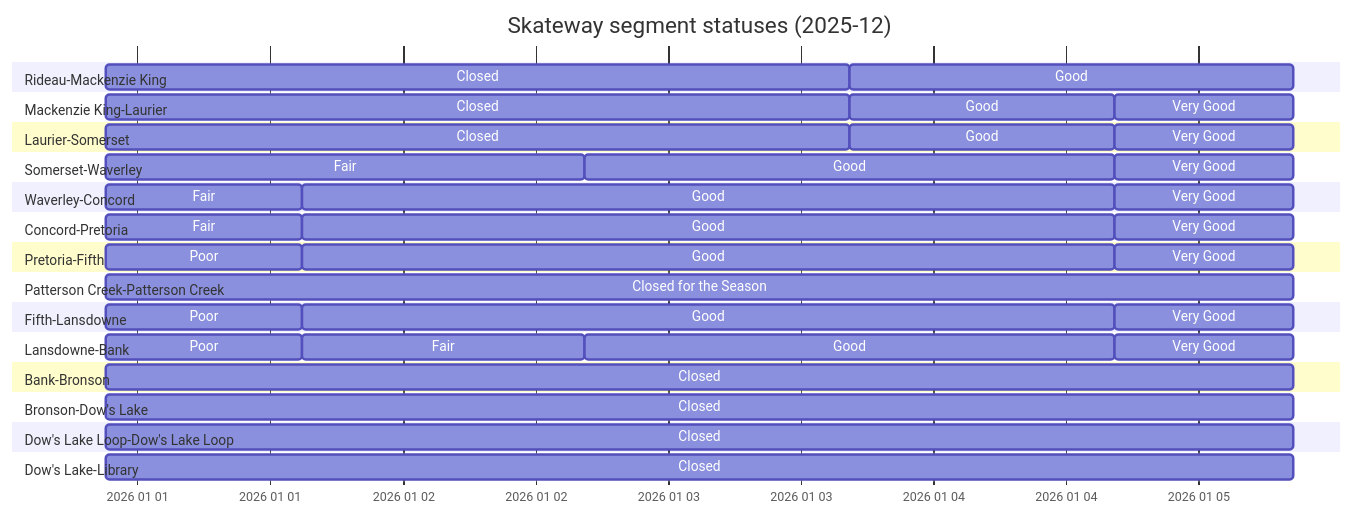
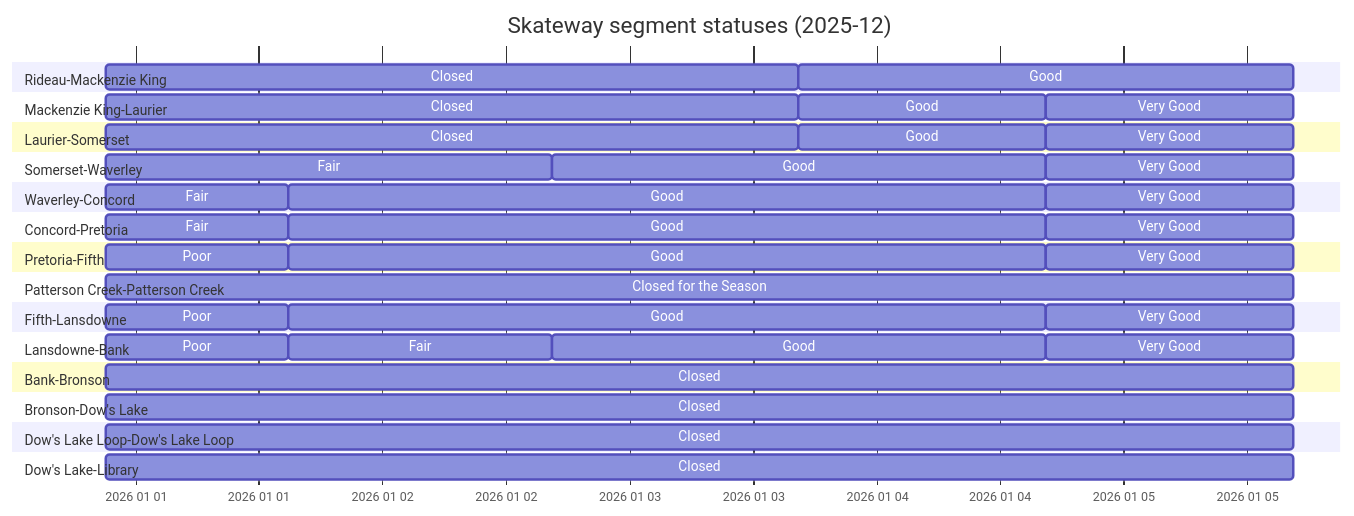
One commit to PatLittle/skateway_data changed the diagram in gantt.md. Above: the diagram before and after it, drawn with Mermaid. The commit also changed 3 other files, not shown here.

````diff
--- a/gantt.md
+++ b/gantt.md
@@ -2,62 +2,62 @@
 ```mermaid
 ---
 topAxis: true
 displayMode: compact
 config:
   themeCSS: " #vg { fill: Green } #g {fill: yellow} #f {fill: orange} #p {fill: red}      \n
 #c {fill: Black} #cs {fill: Black} #sc {fill: White} #wo {fill: saddlebrown} \n
             text[id^=cs] { fill: red; } text[id^=sc] { fill: red; }
         "
 ---
 
 gantt
   title Skateway segment statuses (2025-12)
   dateFormat  YYYY-MM-DD HH:mm:ss
   axisFormat  %Y %m %d
   section Rideau-Mackenzie King
   Closed: c, 2025-12-31 21:07:33, 2026-01-03 16:27:35
-  Good: g, 2026-01-03 16:27:35, 2026-01-05 08:36:33
+  Good: g, 2026-01-03 16:27:35, 2026-01-05 16:29:55
   section Mackenzie King-Laurier
   Closed: c, 2025-12-31 21:07:33, 2026-01-03 16:27:35
   Good: g, 2026-01-03 16:27:35, 2026-01-04 16:26:52
-  Very Good: vg, 2026-01-04 16:26:52, 2026-01-05 08:36:33
+  Very Good: vg, 2026-01-04 16:26:52, 2026-01-05 16:29:55
   section Laurier-Somerset
   Closed: c, 2025-12-31 21:07:33, 2026-01-03 16:27:35
   Good: g, 2026-01-03 16:27:35, 2026-01-04 16:26:52
-  Very Good: vg, 2026-01-04 16:26:52, 2026-01-05 08:36:33
+  Very Good: vg, 2026-01-04 16:26:52, 2026-01-05 16:29:55
   section Somerset-Waverley
   Fair: f, 2025-12-31 21:07:33, 2026-01-02 16:28:08
   Good: g, 2026-01-02 16:28:08, 2026-01-04 16:26:52
-  Very Good: vg, 2026-01-04 16:26:52, 2026-01-05 08:36:33
+  Very Good: vg, 2026-01-04 16:26:52, 2026-01-05 16:29:55
   section Waverley-Concord
   Fair: f, 2025-12-31 21:07:33, 2026-01-01 14:52:27
   Good: g, 2026-01-01 14:52:27, 2026-01-04 16:26:52
-  Very Good: vg, 2026-01-04 16:26:52, 2026-01-05 08:36:33
+  Very Good: vg, 2026-01-04 16:26:52, 2026-01-05 16:29:55
   section Concord-Pretoria
   Fair: f, 2025-12-31 21:07:33, 2026-01-01 14:52:27
   Good: g, 2026-01-01 14:52:27, 2026-01-04 16:26:52
-  Very Good: vg, 2026-01-04 16:26:52, 2026-01-05 08:36:33
+  Very Good: vg, 2026-01-04 16:26:52, 2026-01-05 16:29:55
   section Pretoria-Fifth
   Poor: p, 2025-12-31 21:07:33, 2026-01-01 14:52:27
   Good: g, 2026-01-01 14:52:27, 2026-01-04 16:26:52
-  Very Good: vg, 2026-01-04 16:26:52, 2026-01-05 08:36:33
+  Very Good: vg, 2026-01-04 16:26:52, 2026-01-05 16:29:55
   section Patterson Creek-Patterson Creek
-  Closed for the Season: cs, 2025-12-31 21:07:33, 2026-01-05 08:36:33
+  Closed for the Season: cs, 2025-12-31 21:07:33, 2026-01-05 16:29:55
   section Fifth-Lansdowne
   Poor: p, 2025-12-31 21:07:33, 2026-01-01 14:52:27
   Good: g, 2026-01-01 14:52:27, 2026-01-04 16:26:52
-  Very Good: vg, 2026-01-04 16:26:52, 2026-01-05 08:36:33
+  Very Good: vg, 2026-01-04 16:26:52, 2026-01-05 16:29:55
   section Lansdowne-Bank
   Poor: p, 2025-12-31 21:07:33, 2026-01-01 14:52:27
   Fair: f, 2026-01-01 14:52:27, 2026-01-02 16:28:08
   Good: g, 2026-01-02 16:28:08, 2026-01-04 16:26:52
-  Very Good: vg, 2026-01-04 16:26:52, 2026-01-05 08:36:33
+  Very Good: vg, 2026-01-04 16:26:52, 2026-01-05 16:29:55
   section Bank-Bronson
-  Closed: c, 2025-12-31 21:07:33, 2026-01-05 08:36:33
+  Closed: c, 2025-12-31 21:07:33, 2026-01-05 16:29:55
   section Bronson-Dow's Lake
-  Closed: c, 2025-12-31 21:07:33, 2026-01-05 08:36:33
+  Closed: c, 2025-12-31 21:07:33, 2026-01-05 16:29:55
   section Dow's Lake Loop-Dow's Lake Loop
-  Closed: c, 2025-12-31 21:07:33, 2026-01-05 08:36:33
+  Closed: c, 2025-12-31 21:07:33, 2026-01-05 16:29:55
   section Dow's Lake-Library
-  Closed: c, 2025-12-31 21:07:33, 2026-01-05 08:36:33
+  Closed: c, 2025-12-31 21:07:33, 2026-01-05 16:29:55
 ```
````
